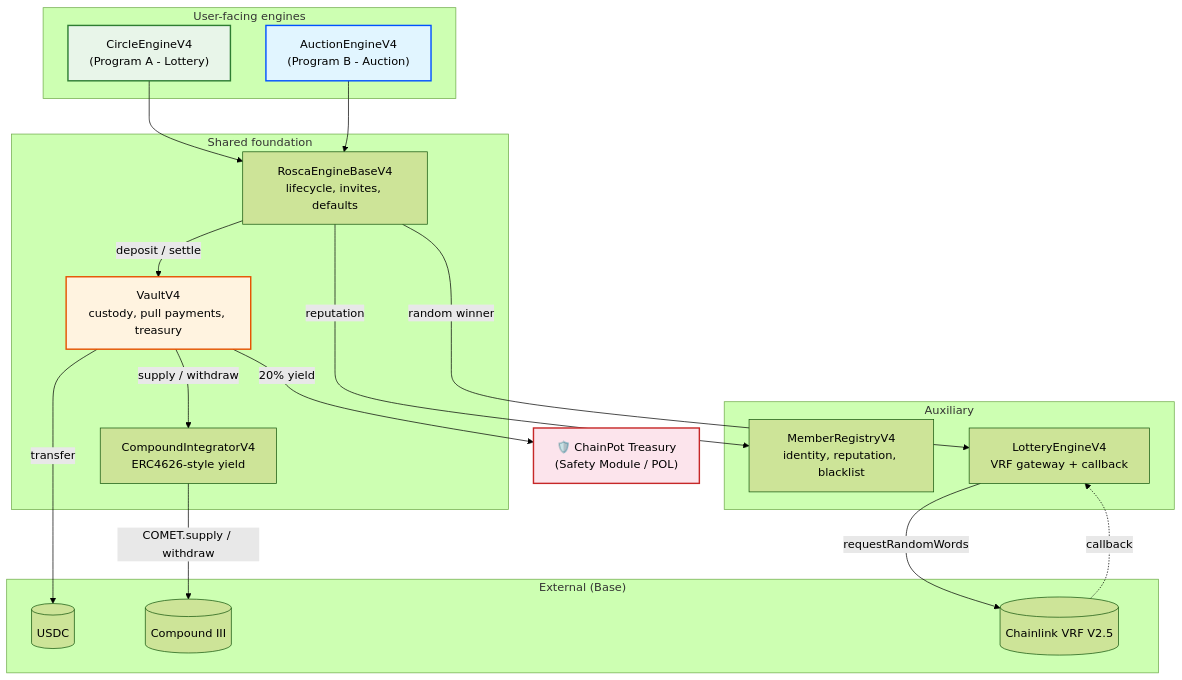
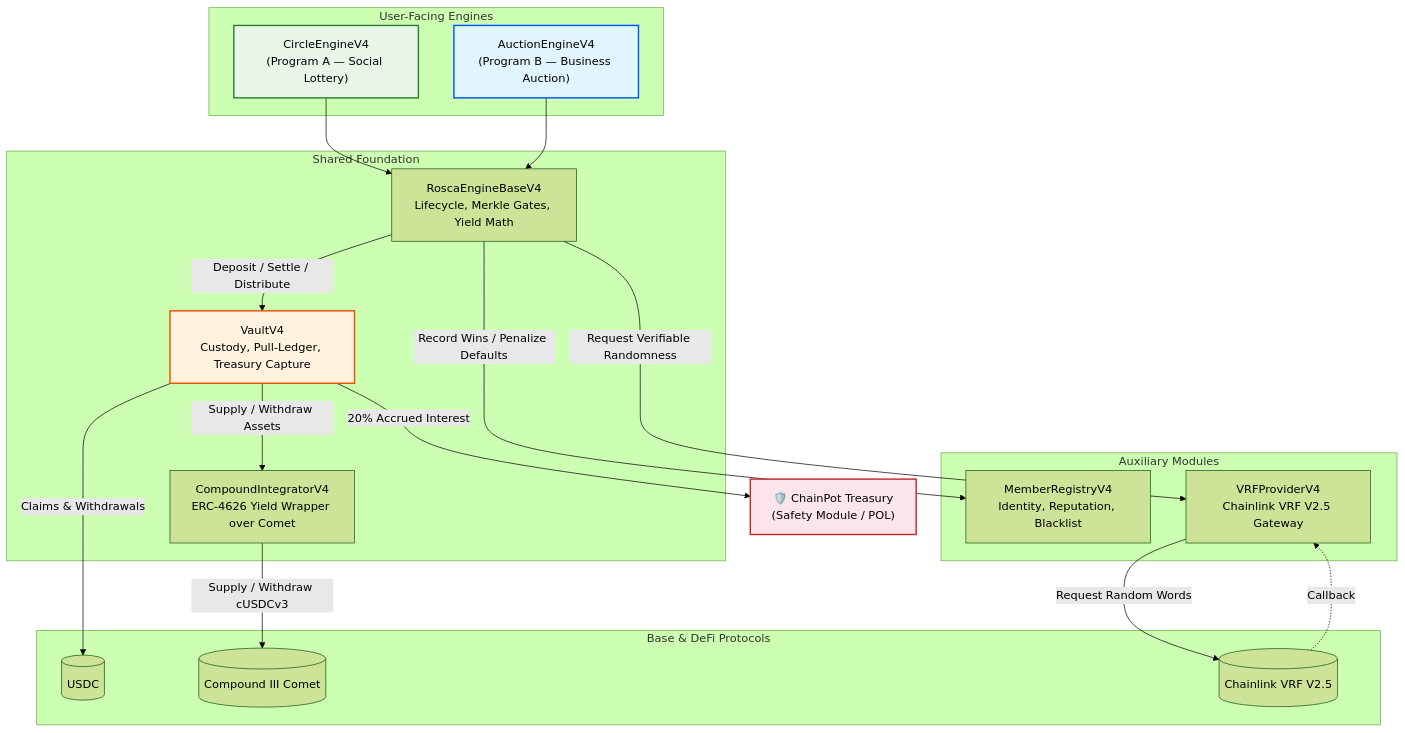
Before and after one commit to Web3Spell/chainpot: the diagram in README.md, drawn with Mermaid (forest theme). The commit also changed other lines of this file and 1 other file, not shown here.

Commit message:
docs: update root README.md and DEPLOYMENT.md with comprehensive V4 architecture, Certora remediations, and Base Sepolia addresses

````diff
--- a/README.md
+++ b/README.md
@@ -40,41 +42,41 @@
 ```mermaid
 graph TB
-    subgraph Engines["User-facing engines"]
-        CE["CircleEngineV4<br/>(Program A - Lottery)"]
-        AE["AuctionEngineV4<br/>(Program B - Auction)"]
+    subgraph Engines["User-Facing Engines"]
+        CE["CircleEngineV4<br/>(Program A — Social Lottery)"]
+        AE["AuctionEngineV4<br/>(Program B — Business Auction)"]
     end
 
-    subgraph Core["Shared foundation"]
-        REB["RoscaEngineBaseV4<br/>lifecycle, invites, defaults"]
-        V["VaultV4<br/>custody, pull payments, treasury"]
-        CI["CompoundIntegratorV4<br/>ERC4626-style yield"]
+    subgraph Core["Shared Foundation"]
+        REB["RoscaEngineBaseV4<br/>Lifecycle, Merkle Gates, Yield Math"]
+        V["VaultV4<br/>Custody, Pull-Ledger, Treasury Capture"]
+        CI["CompoundIntegratorV4<br/>ERC-4626 Yield Wrapper over Comet"]
     end
 
-    subgraph Auxiliary["Auxiliary"]
-        MR["MemberRegistryV4<br/>identity, reputation, blacklist"]
-        LE["LotteryEngineV4<br/>VRF gateway + callback"]
+    subgraph Auxiliary["Auxiliary Modules"]
+        MR["MemberRegistryV4<br/>Identity, Reputation, Blacklist"]
+        VP["VRFProviderV4<br/>Chainlink VRF V2.5 Gateway"]
     end
 
-    subgraph External["External (Base)"]
+    subgraph External["Base & DeFi Protocols"]
         USDC[(USDC)]
-        COMET[(Compound III)]
+        COMET[(Compound III Comet)]
         VRF[(Chainlink VRF V2.5)]
     end
 
     CE --> REB
     AE --> REB
-    REB -->|deposit / settle| V
-    REB -->|reputation| MR
-    REB -->|random winner| LE
-    V -->|supply / withdraw| CI
-    CI -->|COMET.supply / withdraw| COMET
-    LE -->|requestRandomWords| VRF
-    VRF -.callback.-> LE
-    V -->|transfer| USDC
-    V -->|20% yield| Treasury["🛡️ ChainPot Treasury<br/>(Safety Module / POL)"]
+    REB -->|Deposit / Settle / Distribute| V
+    REB -->|Record Wins / Penalize Defaults| MR
+    REB -->|Request Verifiable Randomness| VP
+    V -->|Supply / Withdraw Assets| CI
+    CI -->|Supply / Withdraw cUSDCv3| COMET
+    VP -->|Request Random Words| VRF
+    VRF -.Callback.-> VP
+    V -->|Claims & Withdrawals| USDC
+    V -->|20% Accrued Interest| Treasury["🛡️ ChainPot Treasury<br/>(Safety Module / POL)"]
 
     style CE fill:#e8f5e9,stroke:#2e7d32,stroke-width:2px
     style AE fill:#e1f5ff,stroke:#0052FF,stroke-width:2px
     style V fill:#fff3e0,stroke:#e65100,stroke-width:2px
     style Treasury fill:#fce4ec,stroke:#c62828,stroke-width:2px
 ```
````
